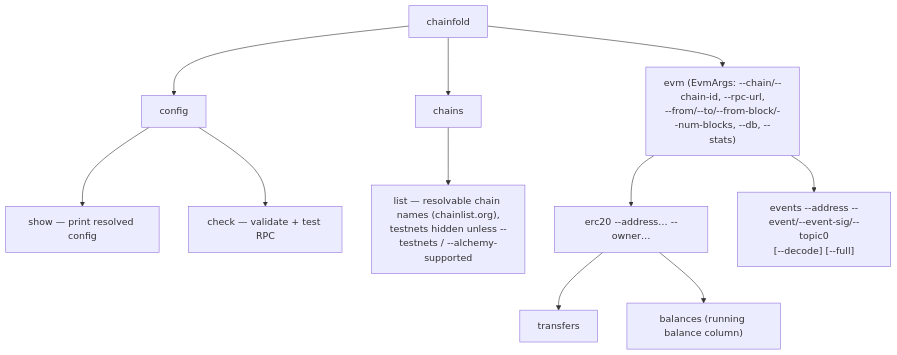
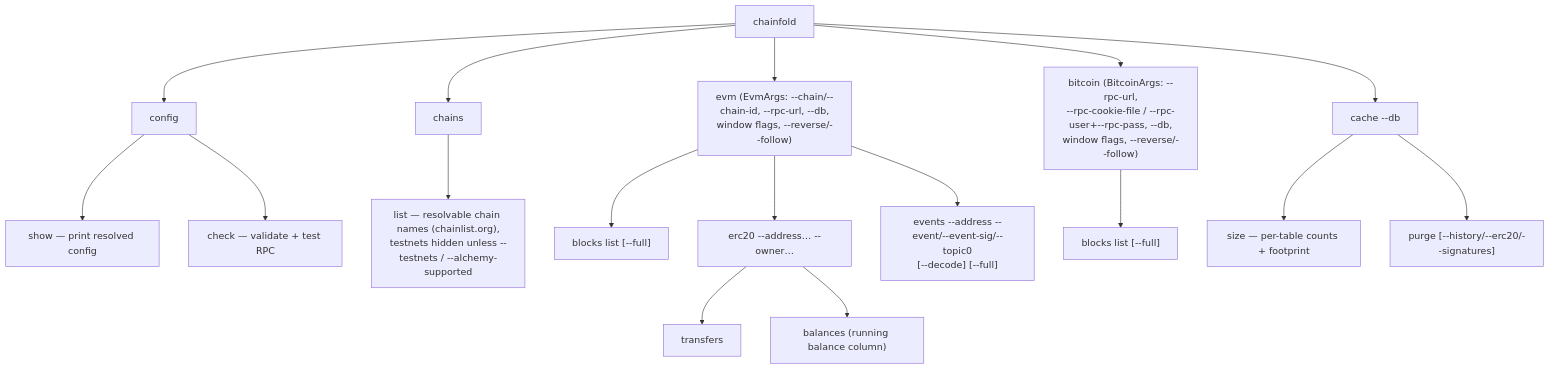
Before and after one commit to nikicat/chainfold: diagram 12 of 12 in docs/ARCHITECTURE.md, drawn with Mermaid. The commit also changed other lines of this file and 2 other files, not shown here.

First line of the commit message:
docs: shared-engine + bitcoin source across ARCHITECTURE/TODO/refactor

````diff
--- a/docs/ARCHITECTURE.md
+++ b/docs/ARCHITECTURE.md
@@ -1171,14 +1313,20 @@
 ```mermaid
 flowchart TB
     root["chainfold"]
     root --> config["config"]
     root --> chains["chains"]
-    root --> evm["evm (EvmArgs: --chain/--chain-id, --rpc-url,<br/>--from/--to/--from-block/--num-blocks, --db, --stats)"]
+    root --> evm["evm (EvmArgs: --chain/--chain-id, --rpc-url, --db,<br/>window flags, --reverse/--follow)"]
+    root --> bitcoin["bitcoin (BitcoinArgs: --rpc-url,<br/>--rpc-cookie-file / --rpc-user+--rpc-pass, --db,<br/>window flags, --reverse/--follow)"]
+    root --> cachecmd["cache --db"]
     config --> cshow["show — print resolved config"]
     config --> ccheck["check — validate + test RPC"]
     chains --> clist["list — resolvable chain names (chainlist.org),<br/>testnets hidden unless --testnets / --alchemy-supported"]
+    evm --> eblocks["blocks list [--full]"]
     evm --> erc20["erc20 --address… --owner…"]
     evm --> events["events --address --event/--event-sig/--topic0<br/>[--decode] [--full]"]
+    bitcoin --> bblocks["blocks list [--full]"]
+    cachecmd --> csize["size — per-table counts + footprint"]
+    cachecmd --> cpurge["purge [--history/--erc20/--signatures]"]
     erc20 --> transfers["transfers"]
     erc20 --> balances["balances (running balance column)"]
 ```
````
